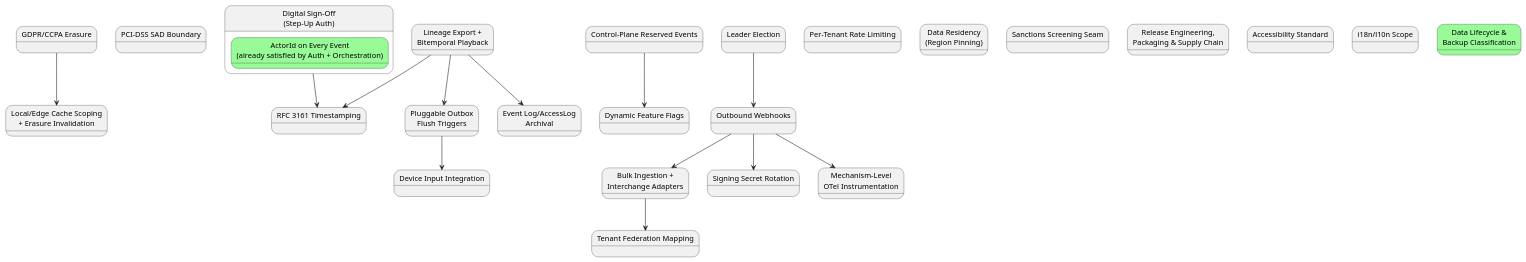
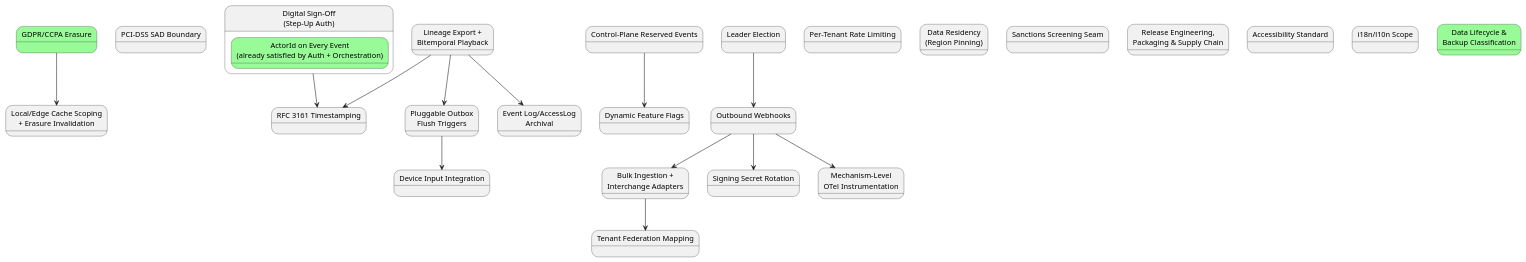
One commit to Mwwhited-BookLearning/EventSourcing changed the second of 2 diagrams in docs/08-build-plan.md. Above: the diagram before and after it, drawn with PlantUML. The commit also changed other lines of this file and 58 other files, not shown here.

First line of the commit message:
Build GDPR/CCPA Erasure via Crypto-Shredding (build-plan item 26)

````diff
--- a/docs/08-build-plan.md
+++ b/docs/08-build-plan.md
@@ -321,43 +321,43 @@
 ```plantuml
 @startuml BuildPlan_Additions
-state "GDPR/CCPA Erasure" as a2
+state "GDPR/CCPA Erasure" as a2 #palegreen
 state "PCI-DSS SAD Boundary" as a3
 state "Local/Edge Cache Scoping\n+ Erasure Invalidation" as a4
 state "Digital Sign-Off\n(Step-Up Auth)" as a5 {
   state "ActorId on Every Event\n(already satisfied by Auth + Orchestration)" as a1 #palegreen
 }
 state "Control-Plane Reserved Events" as a6
 state "Dynamic Feature Flags" as a7
 state "Leader Election" as a8
 state "Per-Tenant Rate Limiting" as a9
 state "Outbound Webhooks" as a10
 state "Data Residency\n(Region Pinning)" as a11
 state "Tenant Federation Mapping" as a12
 state "Bulk Ingestion +\nInterchange Adapters" as a13
 state "Sanctions Screening Seam" as a14
 state "Release Engineering,\nPackaging & Supply Chain" as a15
 state "Signing Secret Rotation" as a16
 state "Lineage Export +\nBitemporal Playback" as a17
 state "RFC 3161 Timestamping" as a18
 state "Pluggable Outbox\nFlush Triggers" as a19
 state "Device Input Integration" as a20
 state "Accessibility Standard" as a21
 state "i18n/l10n Scope" as a22
 state "Mechanism-Level\nOTel Instrumentation" as a23
 state "Event Log/AccessLog\nArchival" as a24
 state "Data Lifecycle &\nBackup Classification" as a25 #palegreen
 
 a2 --> a4
 a6 --> a7
 a8 --> a10
 a10 --> a13
 a10 --> a16
 a13 --> a12
 a5 --> a18
 a17 --> a18
 a17 --> a19
 a19 --> a20
 a17 --> a24
 a10 --> a23
 @enduml
 ```
````
